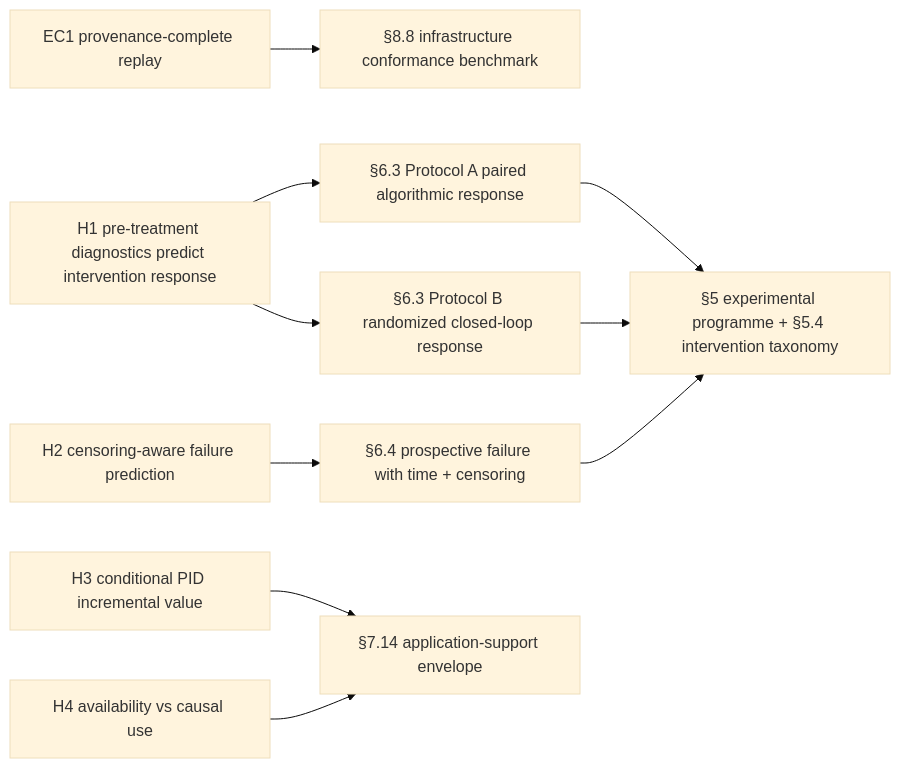
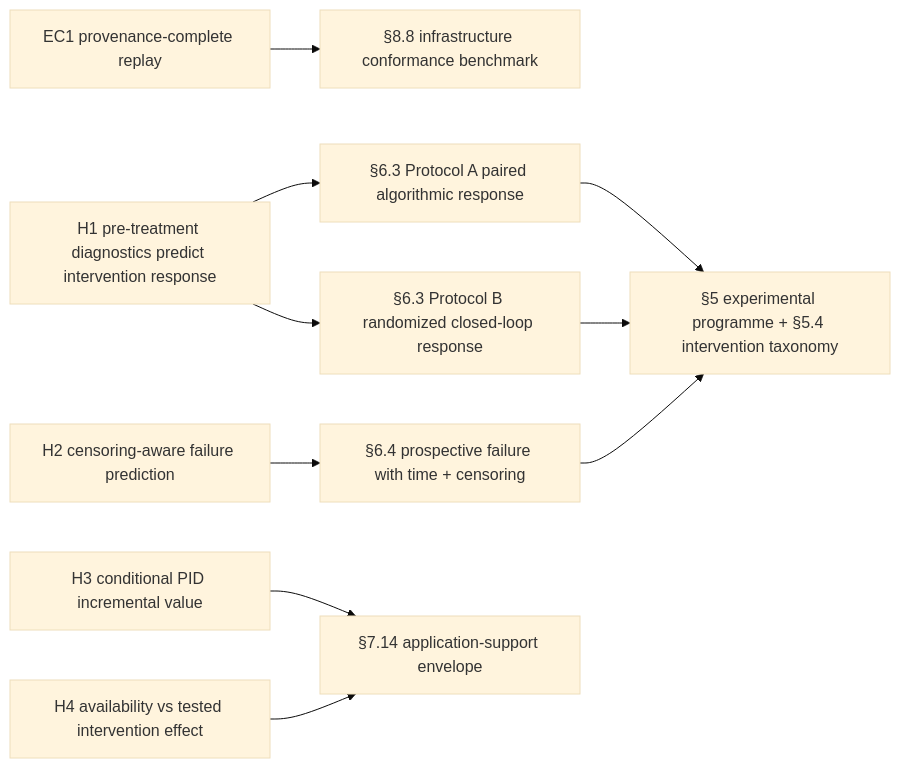
Before and after one commit to sepahead/prisoma: diagram 13 of 18 in DIAGRAMS.md, drawn with Mermaid (base theme). The commit also changed other lines of this file and 123 other files, not shown here.

````diff
--- a/DIAGRAMS.md
+++ b/DIAGRAMS.md
@@ -510,16 +510,16 @@
 ```mermaid
 graph LR
     EC1[EC1 provenance-complete replay] --> INFRA["§8.8 infrastructure conformance benchmark"]
 
     H1[H1 pre-treatment diagnostics predict intervention response] --> PA["§6.3 Protocol A paired algorithmic response"]
     H1 --> PB["§6.3 Protocol B randomized closed-loop response"]
 
     H2[H2 censoring-aware failure prediction] --> H2A["§6.4 prospective failure with time + censoring"]
 
     H3[H3 conditional PID incremental value] --> ENV["§7.14 application-support envelope"]
-    H4[H4 availability vs causal use] --> ENV
+    H4[H4 availability vs tested intervention effect] --> ENV
 
     PA --> PROG["§5 experimental programme + §5.4 intervention taxonomy"]
     PB --> PROG
     H2A --> PROG
 ```
````
